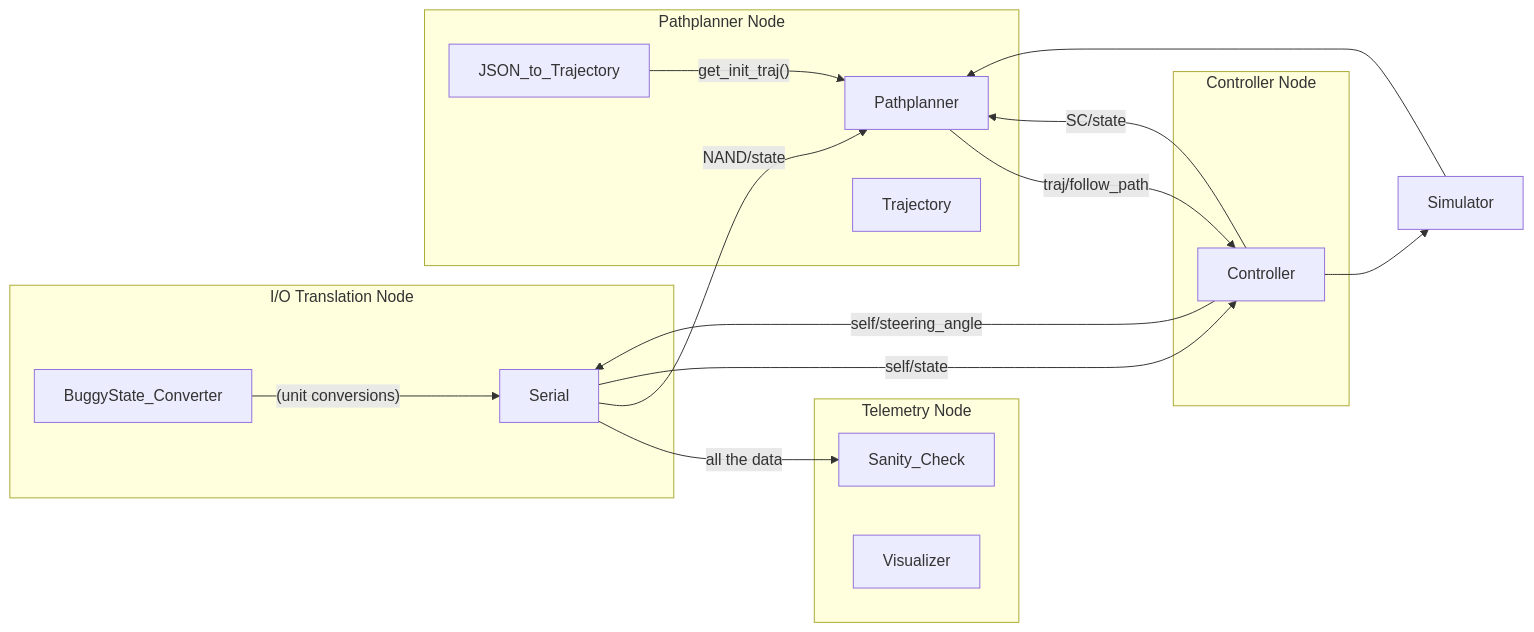
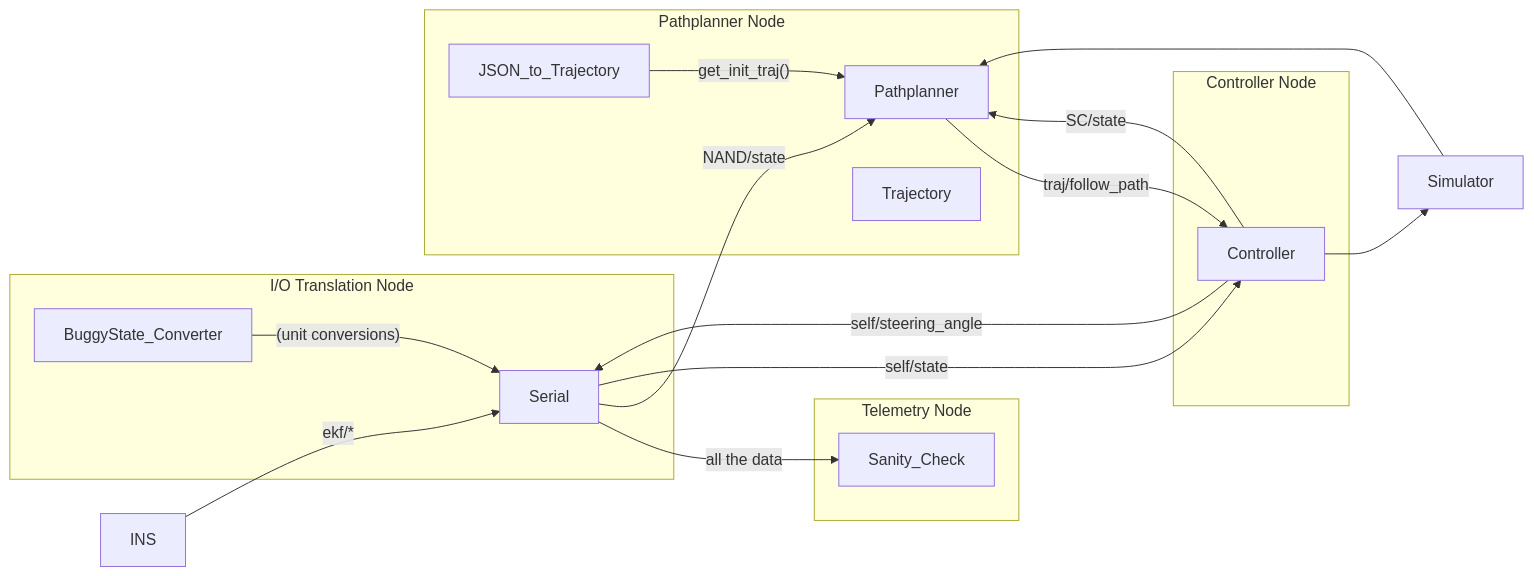
The diagram in docs/architecture/code_flow.md (CMU-Robotics-Club/RoboBuggy2), drawn with Mermaid before and after one commit. The commit also changed other lines of this file, not shown here.

````diff
--- a/docs/architecture/code_flow.md
+++ b/docs/architecture/code_flow.md
@@ -9,41 +11,42 @@
 ```mermaid
 flowchart LR
 
     subgraph I/O Translation Node
         Serial
         BuggyState_Converter
     end
 
     subgraph Controller Node
         Controller
     end
 
     subgraph Pathplanner Node
         JSON_to_Trajectory
         Pathplanner
         Trajectory
     end
 
     subgraph Telemetry Node
         Sanity_Check
-        Visualizer
+
     end
 
-
+    INS --> |"ekf/*"|Serial
     BuggyState_Converter --> |"(unit conversions)"|Serial
     Serial --> |"all the data"| Sanity_Check
+
     Pathplanner --> |"traj/follow_path"| Controller
     Controller --> |"SC/state"| Pathplanner
     Simulator --> Pathplanner
     Controller --> Simulator
     Controller --> |"self/steering_angle"| Serial
 
     Serial --> |"NAND/state"| Pathplanner
     Serial --> |"self/state"| Controller
 
 
 
 
     JSON_to_Trajectory --> |"get_init_traj()"|Pathplanner
 
 ```
````
